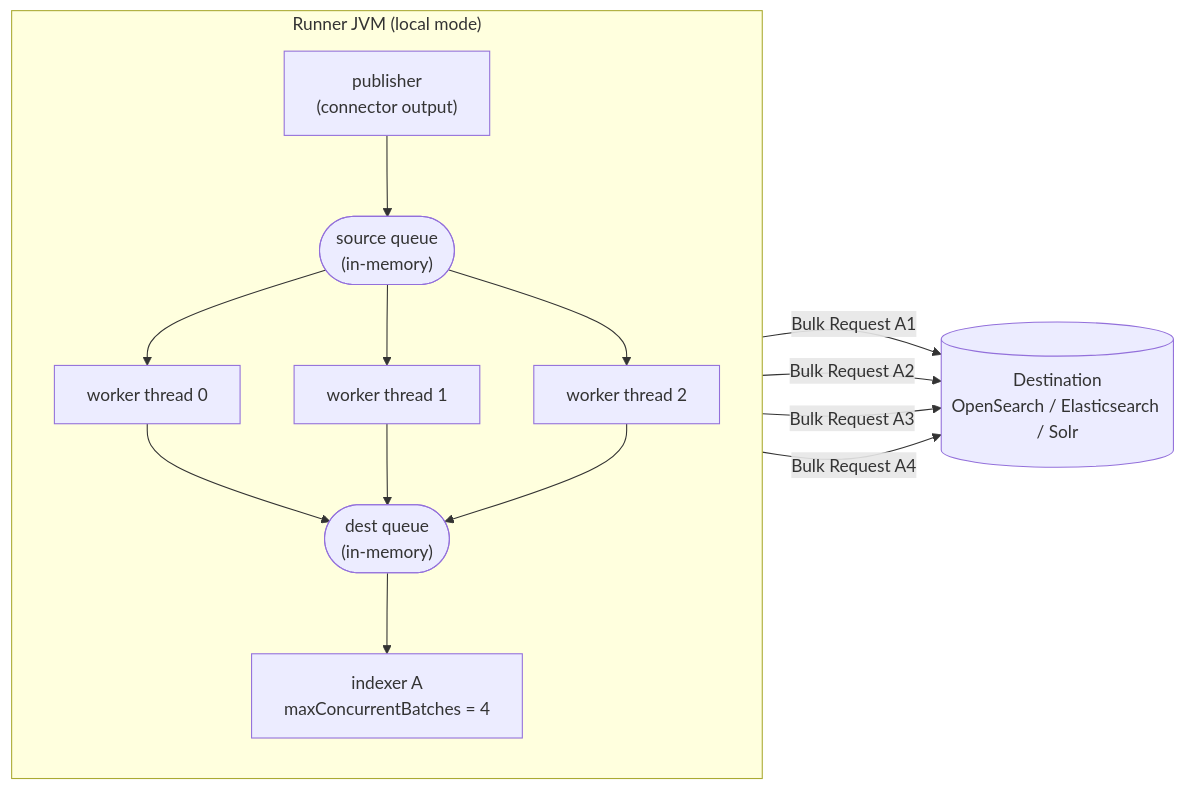
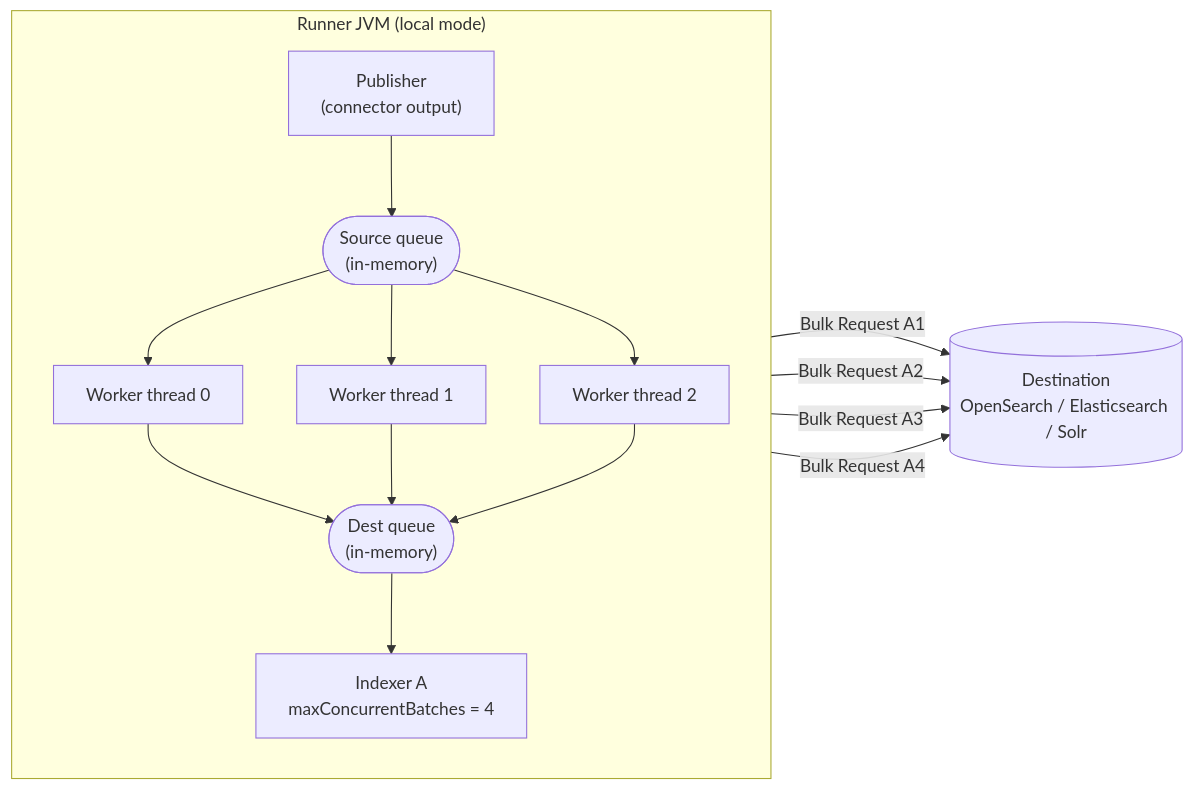
Before and after one commit to kmwtechnology/lucille: the first of 5 diagrams in doc/site/content/en/docs/operations/indexing-throughput/indexing-fan-out.md, drawn with Mermaid. The commit also changed other lines of this file, not shown here.

Commit message:
update diagram labels to begin in uppercase

````diff
--- a/doc/site/content/en/docs/operations/indexing-throughput/indexing-fan-out.md
+++ b/doc/site/content/en/docs/operations/indexing-throughput/indexing-fan-out.md
@@ -47,33 +47,33 @@
 ```mermaid
 flowchart LR
     subgraph JVM["Runner JVM (local mode)"]
         direction TB
-        PUB["publisher<br/>(connector output)"]
+        PUB["Publisher<br/>(connector output)"]
 
-        SRCQ(["source queue<br/>(in-memory)"])
+        SRCQ(["Source queue<br/>(in-memory)"])
 
-        W0["worker thread 0"]
-        W1["worker thread 1"]
-        W2["worker thread 2"]
+        W0["Worker thread 0"]
+        W1["Worker thread 1"]
+        W2["Worker thread 2"]
 
-        DESTQ(["dest queue<br/>(in-memory)"])
+        DESTQ(["Dest queue<br/>(in-memory)"])
 
-        IDX["indexer A<br/>maxConcurrentBatches = 4"]
+        IDX["Indexer A<br/>maxConcurrentBatches = 4"]
 
         PUB --> SRCQ
         SRCQ --> W0
         SRCQ --> W1
         SRCQ --> W2
         W0 --> DESTQ
         W1 --> DESTQ
         W2 --> DESTQ
         DESTQ --> IDX
     end
 
     DEST[("Destination<br/>OpenSearch / Elasticsearch / Solr")]
 
     IDX -->|"Bulk Request A1"| DEST
     IDX -->|"Bulk Request A2"| DEST
     IDX -->|"Bulk Request A3"| DEST
     IDX -->|"Bulk Request A4"| DEST
 ```
````
